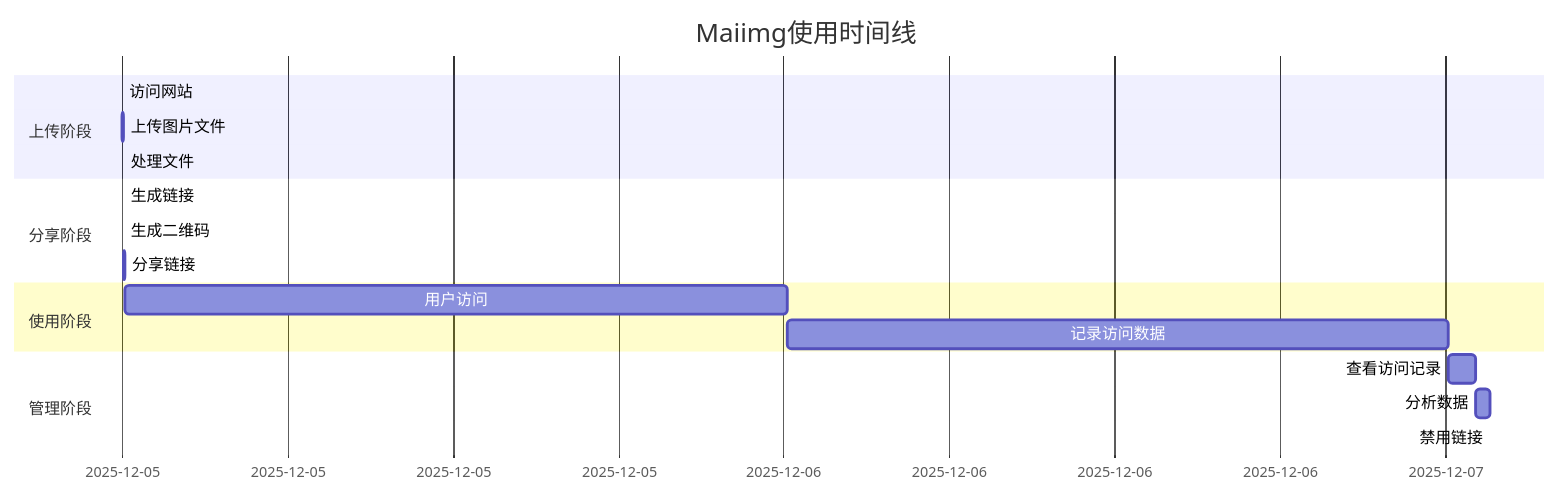
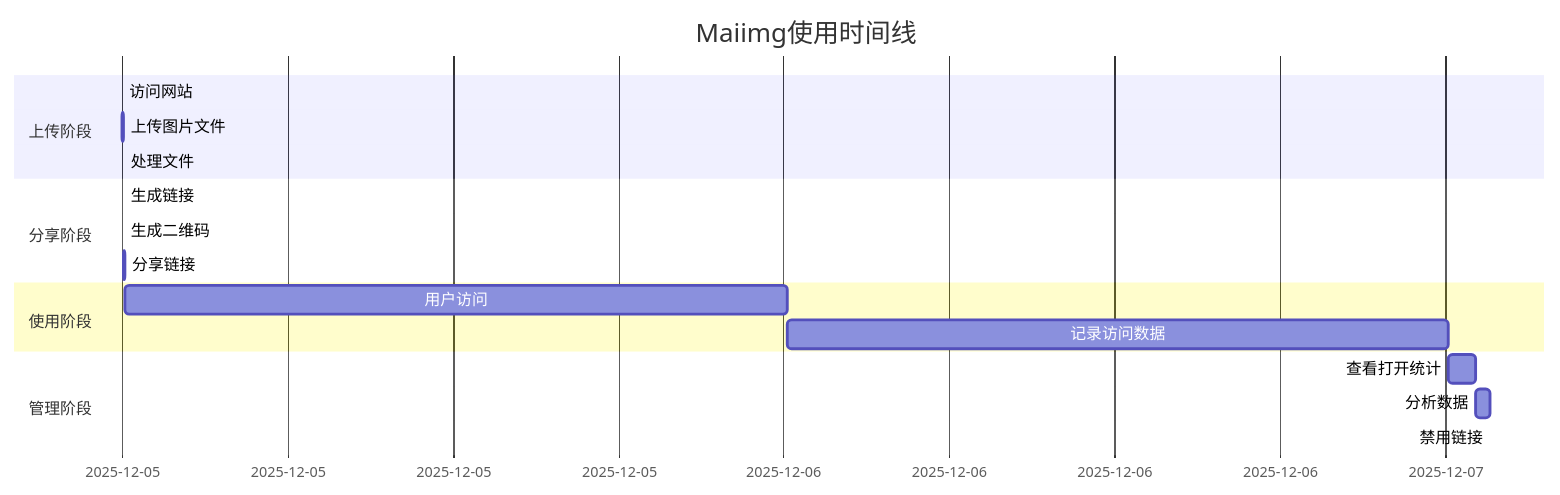
Before and after one commit to mythenigma/cloudflareAstro: the tenth of 14 diagrams in src/content/blog/cn/maiimg-complete-workflow-guide-with-diagrams.md, drawn with Mermaid. The commit also changed other lines of this file and 353 other files, not shown here.

````diff
--- a/src/content/blog/cn/maiimg-complete-workflow-guide-with-diagrams.md
+++ b/src/content/blog/cn/maiimg-complete-workflow-guide-with-diagrams.md
@@ -343,20 +343,20 @@
 ```mermaid
 gantt
     title Maiimg使用时间线
     dateFormat  YYYY-MM-DD
     section 上传阶段
     访问网站           :a1, 2025-12-05, 1m
     上传图片文件       :a2, after a1, 1m
     处理文件           :a3, after a2, 5s
     section 分享阶段
     生成链接           :b1, after a3, 1s
     生成二维码         :b2, after b1, 1s
     分享链接           :b3, after b2, 5m
     section 使用阶段
     用户访问           :c1, after b3, 1d
     记录访问数据       :c2, after c1, 1d
     section 管理阶段
-    查看访问记录       :d1, after c2, 1h
+    查看打开统计       :d1, after c2, 1h
     分析数据           :d2, after d1, 30m
     禁用链接           :d3, after d2, 1m
 ```
````
